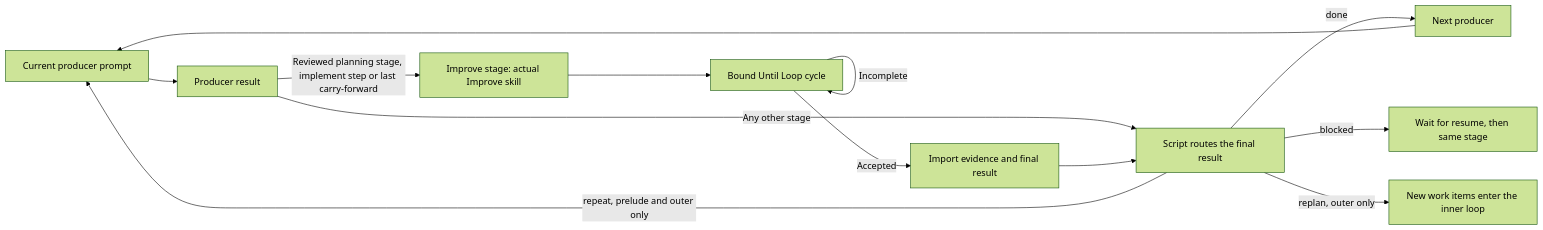
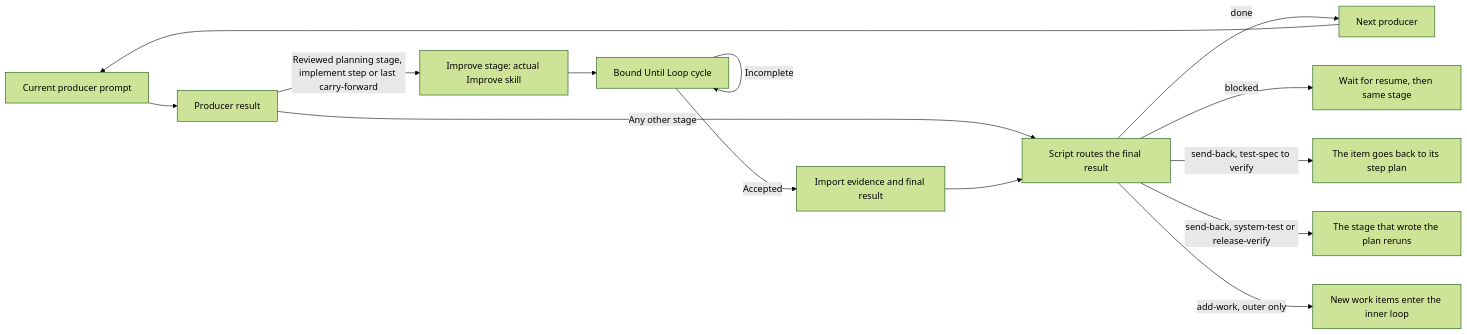
One commit to whichguy/skill-craft changed the first of 4 diagrams in plugins/skill-craft/skills/shiploop/references/navigator.md. Above: the diagram before and after it, drawn with Mermaid (forest theme). The commit also changed other lines of this file and 71 other files, not shown here.

````diff
--- a/plugins/skill-craft/skills/shiploop/references/navigator.md
+++ b/plugins/skill-craft/skills/shiploop/references/navigator.md
@@ -21,15 +21,16 @@
 ```mermaid
 flowchart LR
   P[Current producer prompt] --> R[Producer result]
   R -->|Reviewed planning stage, implement step or last carry-forward| I[Improve stage: actual Improve skill]
   R -->|Any other stage| F
   I --> U[Bound Until Loop cycle]
   U -->|Incomplete| U
   U -->|Accepted| C[Import evidence and final result]
   C --> F[Script routes the final result]
   F -->|done| N[Next producer]
-  F -->|repeat, prelude and outer only| P
   F -->|blocked| B[Wait for resume, then same stage]
-  F -->|replan, outer only| W[New work items enter the inner loop]
+  F -->|send-back, test-spec to verify| SB[The item goes back to its step plan]
+  F -->|send-back, system-test or release-verify| SO[The stage that wrote the plan reruns]
+  F -->|add-work, outer only| W[New work items enter the inner loop]
   N --> P
 ```
````
